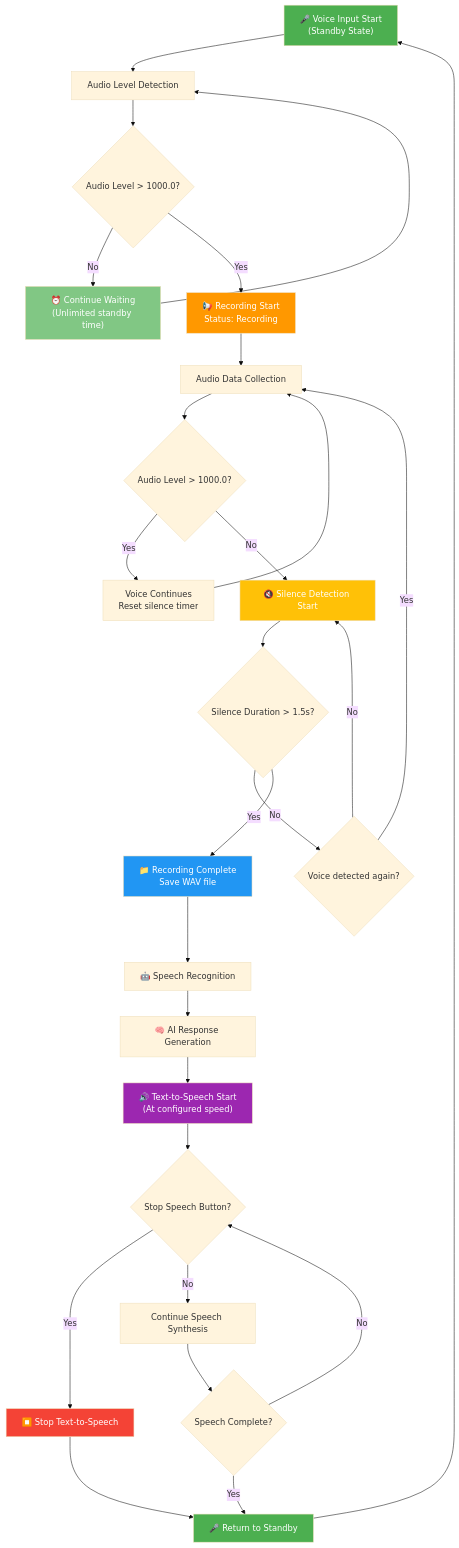
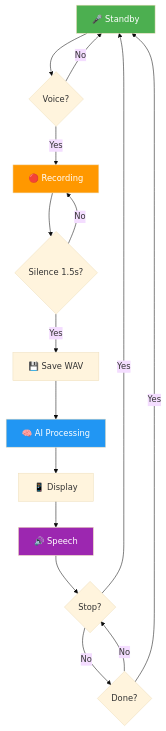
The diagram in README.md (marutyan/ISP_llama), drawn with Mermaid (base theme) before and after one commit. The commit also changed other lines of this file, not shown here.

Commit message:
📊 Optimize README flowchart for compact display
✅ **Flowchart Optimization**:
- Reduced node count from 20+ to 12 nodes
- Simplified labels for better readability
- Maintained all essential process steps
- Compact visual representation

🎯 **Improvements**:
- Smaller diagram footprint on GitHub
- Cleaner, more focused flow visualization
- Preserved all critical functionality details
- Better mobile/small screen compatibility

📱 **Display Benefits**:
- Faster loading on GitHub pages
- Better integration with README content
- Improved overall document flow
- Enhanced user experience for documentation readers

The flowchart now provides the same comprehensive information in a much more compact and visually appealing format!

````diff
--- a/README.md
+++ b/README.md
@@ -40,38 +40,22 @@
 ```mermaid
 graph TD
-    A["🎤 Voice Input Start<br/>(Standby State)"] --> B["Audio Level Detection"]
-    B --> C{Audio Level > 1000.0?}
-    C -->|No| D["⏰ Continue Waiting<br/>(Unlimited standby time)"]
-    D --> B
-    C -->|Yes| E["📢 Recording Start<br/>Status: Recording"]
-    E --> F["Audio Data Collection"]
-    F --> G{Audio Level > 1000.0?}
-    G -->|Yes| H["Voice Continues<br/>Reset silence timer"]
-    H --> F
-    G -->|No| I["🔇 Silence Detection Start"]
-    I --> J{Silence Duration > 1.5s?}
-    J -->|No| K{Voice detected again?}
-    K -->|Yes| F
-    K -->|No| I
-    J -->|Yes| L["📁 Recording Complete<br/>Save WAV file"]
-    L --> M["🤖 Speech Recognition"]
-    M --> N["🧠 AI Response Generation"]
-    N --> O["🔊 Text-to-Speech Start<br/>(At configured speed)"]
-    O --> P{Stop Speech Button?}
-    P -->|Yes| Q["⏹️ Stop Text-to-Speech"]
-    P -->|No| R["Continue Speech Synthesis"]
-    R --> S{Speech Complete?}
-    S -->|No| P
-    S -->|Yes| T["🎤 Return to Standby"]
-    Q --> T
-    T --> A
+    A["🎤 Standby"] --> B{Voice?}
+    B -->|No| A
+    B -->|Yes| C["🔴 Recording"]
+    C --> D{Silence 1.5s?}
+    D -->|No| C
+    D -->|Yes| E["💾 Save WAV"]
+    E --> F["🧠 AI Processing"]
+    F --> G["📱 Display"]
+    G --> H["🔊 Speech"]
+    H --> I{Stop?}
+    I -->|Yes| A
+    I -->|No| J{Done?}
+    J -->|No| I
+    J -->|Yes| A
 
     style A fill:#4CAF50,color:#fff
-    style D fill:#81C784,color:#fff
-    style E fill:#FF9800,color:#fff
-    style I fill:#FFC107,color:#fff
-    style L fill:#2196F3,color:#fff
-    style O fill:#9C27B0,color:#fff
-    style Q fill:#F44336,color:#fff
-    style T fill:#4CAF50,color:#fff
+    style C fill:#FF9800,color:#fff
+    style F fill:#2196F3,color:#fff
+    style H fill:#9C27B0,color:#fff
 ```
````
